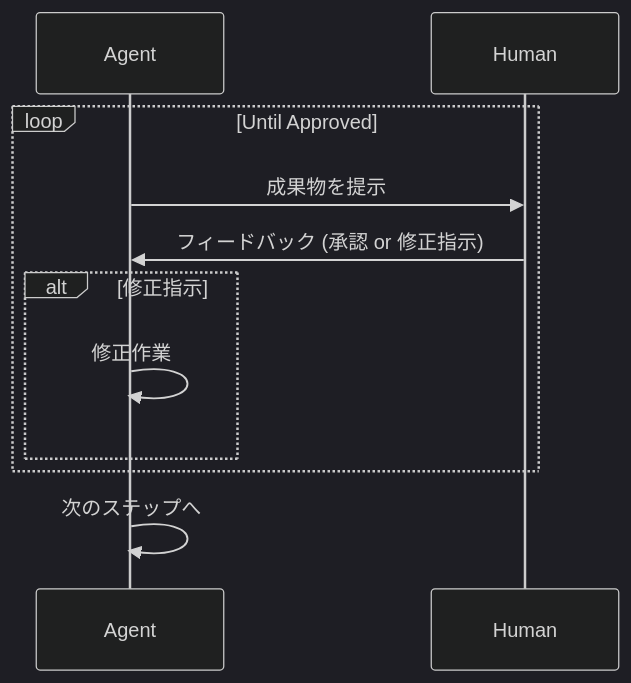
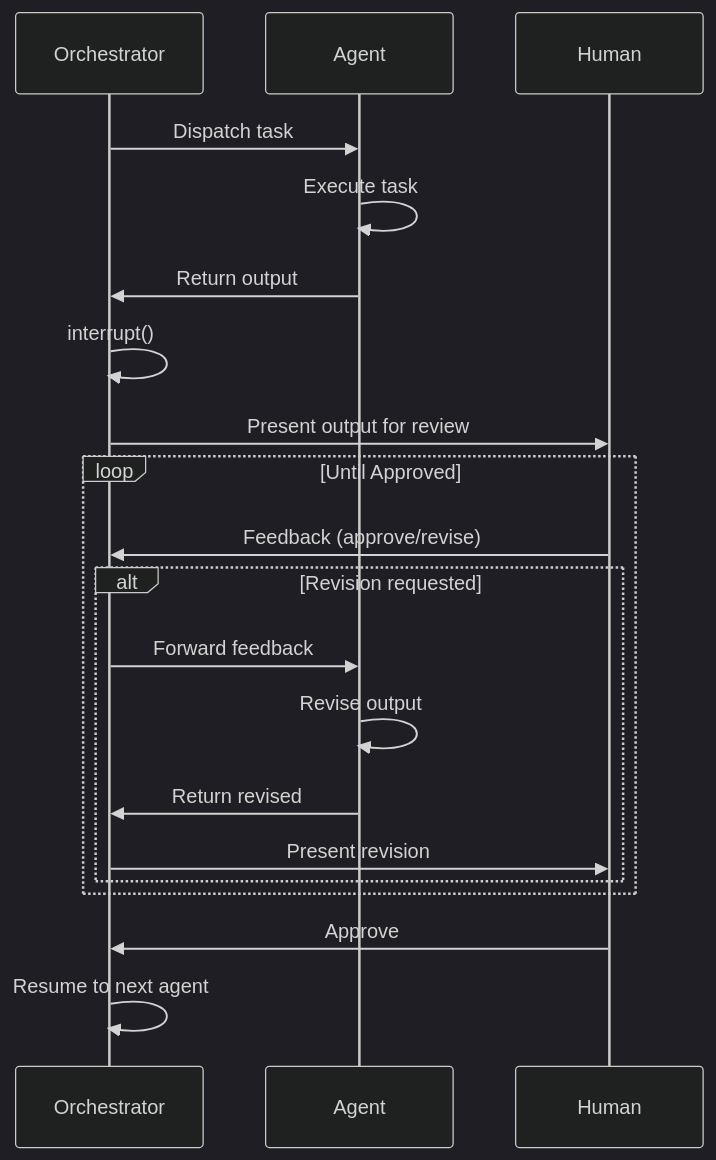
Before and after one commit to new-sankaku/toybox: the seventh of 7 diagrams in langgraph/ARCHITECTURE.md, drawn with Mermaid (dark theme). The commit also changed other lines of this file, not shown here.

First line of the commit message:
Refine LangGraph architecture with fine-grained agents and explicit human checkpoints

````diff
--- a/langgraph/ARCHITECTURE.md
+++ b/langgraph/ARCHITECTURE.md
@@ -56,14 +249,25 @@
 ```mermaid
 sequenceDiagram
+    participant O as Orchestrator
     participant A as Agent
     participant H as Human
 
+    O->>A: Dispatch task
+    A->>A: Execute task
+    A->>O: Return output
+    O->>O: interrupt()
+    O->>H: Present output for review
+
     loop Until Approved
-        A->>H: 成果物を提示
-        H->>A: フィードバック (承認 or 修正指示)
-        alt 修正指示
-            A->>A: 修正作業
+        H->>O: Feedback (approve/revise)
+        alt Revision requested
+            O->>A: Forward feedback
+            A->>A: Revise output
+            A->>O: Return revised
+            O->>H: Present revision
         end
     end
-    A->>A: 次のステップへ
+
+    H->>O: Approve
+    O->>O: Resume to next agent
 ```
````
